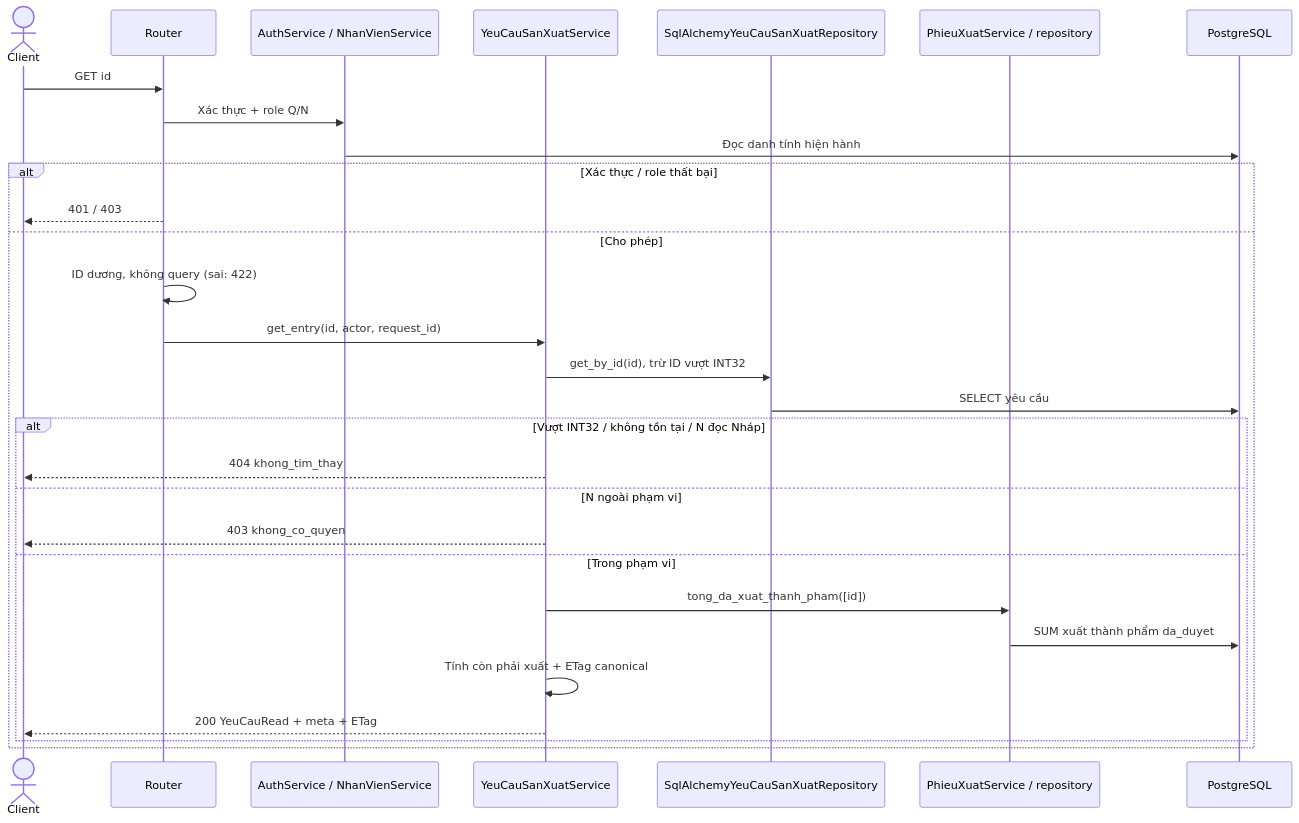
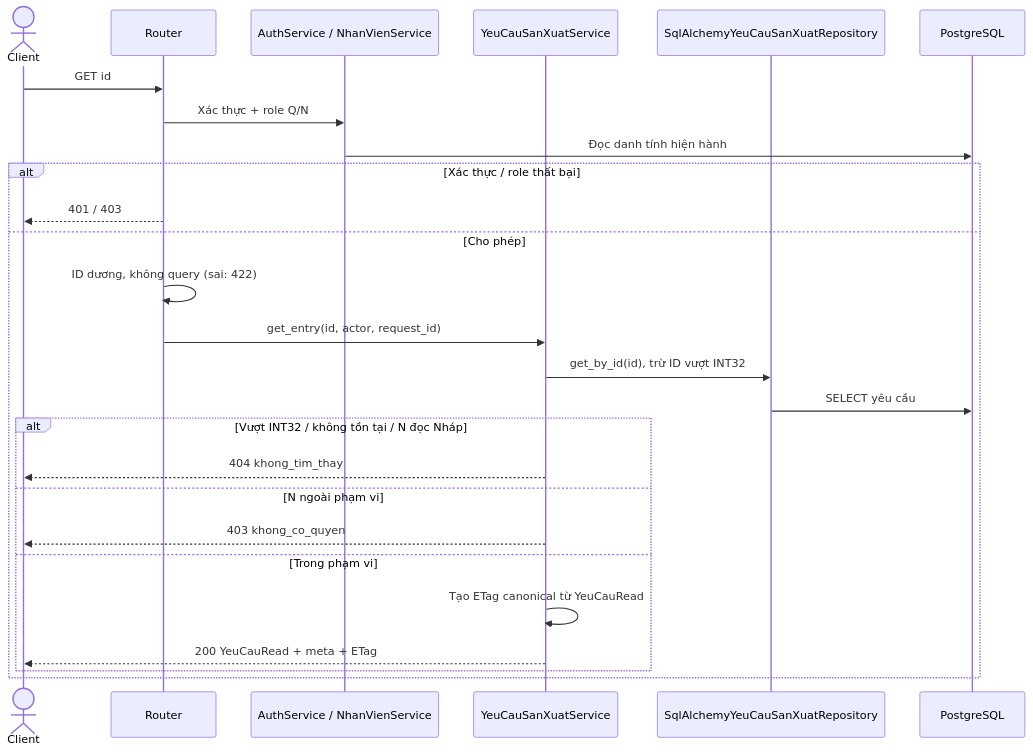
One commit to thanhklt/xbike-mrp-system changed the second of 23 diagrams in docs/sequence/san_xuat.md. Above: the diagram before and after it, drawn with Mermaid. The commit also changed other lines of this file and 14 other files, not shown here.

````diff
--- a/docs/sequence/san_xuat.md
+++ b/docs/sequence/san_xuat.md
@@ -66,31 +75,28 @@
 ```mermaid
 sequenceDiagram
     actor C as Client
     participant R as Router
     participant A as AuthService / NhanVienService
     participant S as YeuCauSanXuatService
     participant P as SqlAlchemyYeuCauSanXuatRepository
-    participant X as PhieuXuatService / repository
     participant D as PostgreSQL
     C->>R: GET id
     R->>A: Xác thực + role Q/N
     A->>D: Đọc danh tính hiện hành
     alt Xác thực / role thất bại
         R-->>C: 401 / 403
     else Cho phép
         R->>R: ID dương, không query (sai: 422)
         R->>S: get_entry(id, actor, request_id)
         S->>P: get_by_id(id), trừ ID vượt INT32
         P->>D: SELECT yêu cầu
         alt Vượt INT32 / không tồn tại / N đọc Nháp
             S-->>C: 404 khong_tim_thay
         else N ngoài phạm vi
             S-->>C: 403 khong_co_quyen
         else Trong phạm vi
-            S->>X: tong_da_xuat_thanh_pham([id])
-            X->>D: SUM xuất thành phẩm da_duyet
-            S->>S: Tính còn phải xuất + ETag canonical
+            S->>S: Tạo ETag canonical từ YeuCauRead
             S-->>C: 200 YeuCauRead + meta + ETag
         end
     end
 ```
````
